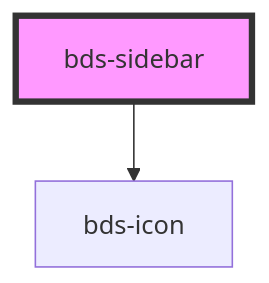
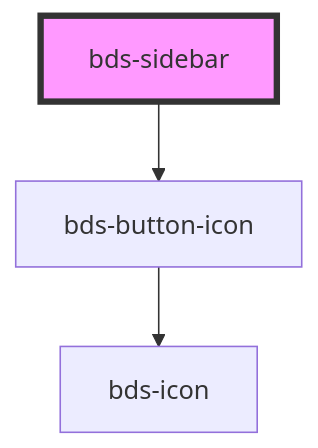
One commit to takenet/blip-ds changed the diagram in src/components/sidebar/readme.md. Above: the diagram before and after it, drawn with Mermaid. The commit also changed other lines of this file and 5 other files, not shown here.

````diff
--- a/src/components/sidebar/readme.md
+++ b/src/components/sidebar/readme.md
@@ -36,5 +36,6 @@
 ```mermaid
 graph TD;
-  bds-sidebar --> bds-icon
+  bds-sidebar --> bds-button-icon
+  bds-button-icon --> bds-icon
   style bds-sidebar fill:#f9f,stroke:#333,stroke-width:4px
 ```
````
